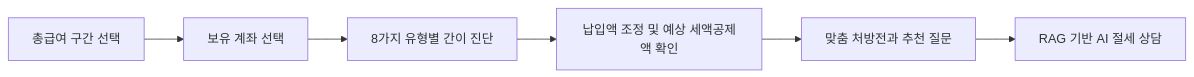
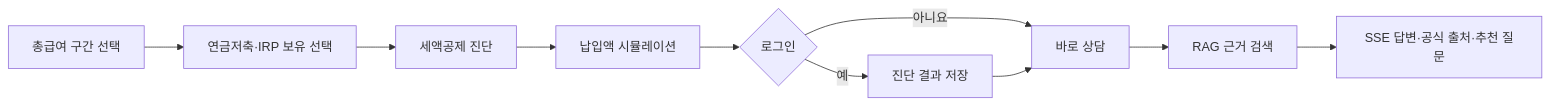
One commit to sijeong0927/pension-tax-assistant changed the first of 2 diagrams in README.md. Above: the diagram before and after it, drawn with Mermaid. The commit also changed other lines of this file and 2 other files, not shown here.

````diff
--- a/README.md
+++ b/README.md
@@ -41,8 +28,12 @@
 ```mermaid
 flowchart LR
-    A["총급여 구간 선택"] --> B["보유 계좌 선택"]
-    B --> C["8가지 유형별 간이 진단"]
-    C --> D["납입액 조정 및 예상 세액공제액 확인"]
-    D --> E["맞춤 처방전과 추천 질문"]
-    E --> F["RAG 기반 AI 절세 상담"]
+    A["총급여 구간 선택"] --> B["연금저축·IRP 보유 선택"]
+    B --> C["세액공제 진단"]
+    C --> D["납입액 시뮬레이션"]
+    D --> E{"로그인"}
+    E -->|"예"| F["진단 결과 저장"]
+    E -->|"아니요"| G["바로 상담"]
+    F --> G
+    G --> H["RAG 근거 검색"]
+    H --> I["SSE 답변·공식 출처·추천 질문"]
 ```
````
